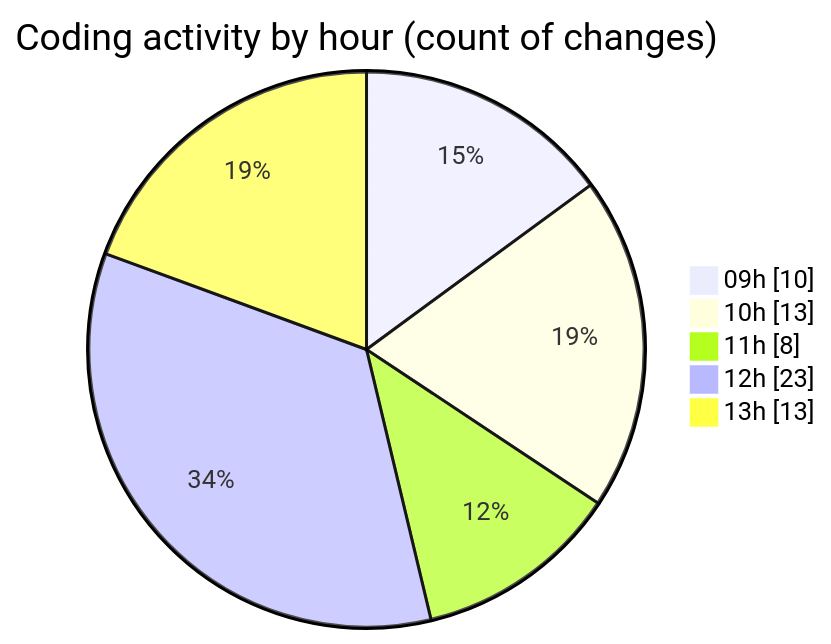
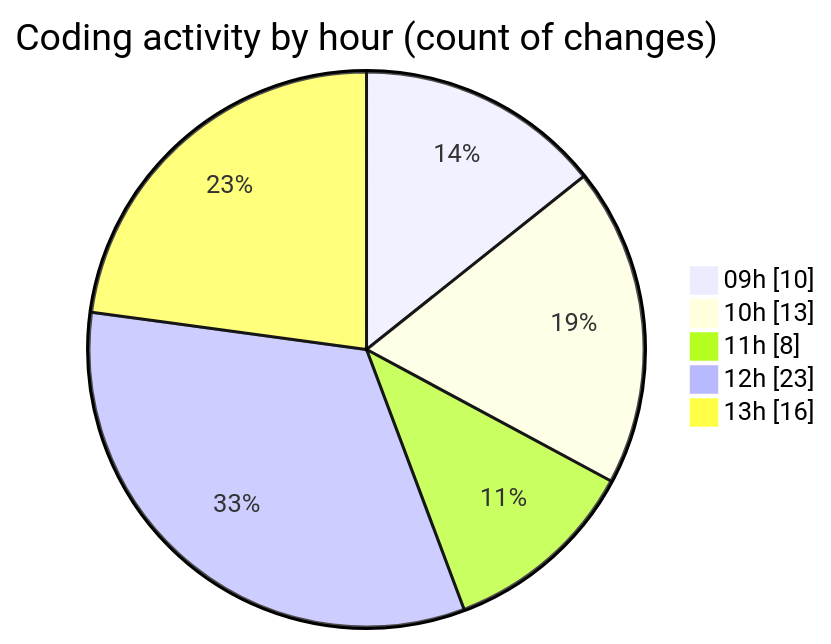
Before and after one commit to momahboobian/code-tracking: the second of 2 diagrams in 2025-03-07/cda/README.md, drawn with Mermaid. The commit also changed other lines of this file and 1 other file, not shown here.

````diff
--- a/2025-03-07/cda/README.md
+++ b/2025-03-07/cda/README.md
@@ -42,9 +42,9 @@
 ```mermaid
 pie showData
 title Coding activity by hour (count of changes)
 "09h" : 10
 "10h" : 13
 "11h" : 8
 "12h" : 23
-"13h" : 13
+"13h" : 16
 ```
````
